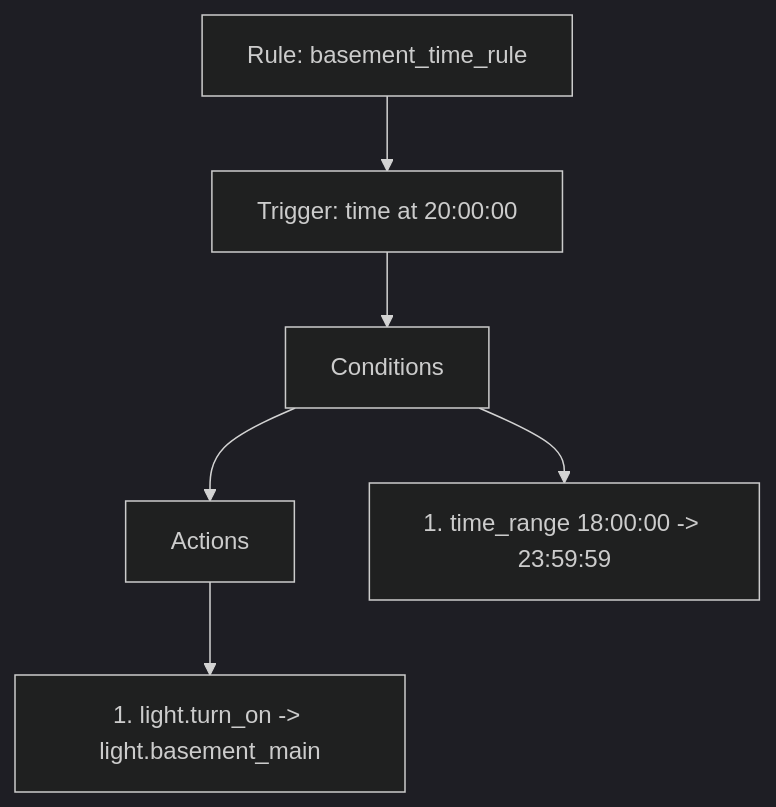
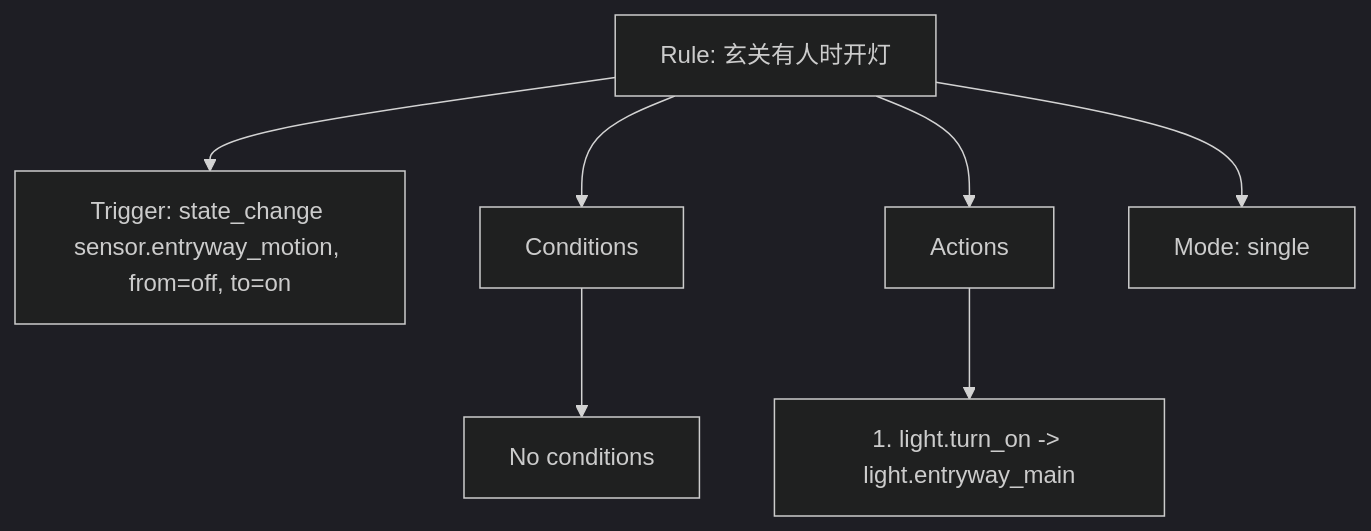
One commit to qzlcolewrld58-wq/SmartHome_AutoRule changed the diagram in outputs/reports/rule_diagram.md. Above: the diagram before and after it, drawn with Mermaid (dark theme). The commit also changed 50 other files, not shown here.

````diff
--- a/outputs/reports/rule_diagram.md
+++ b/outputs/reports/rule_diagram.md
@@ -1,14 +1,16 @@
 ```mermaid
-flowchart TD
-    RULE["Rule: basement_time_rule"]
-    TRIGGER["Trigger: time at 20:00:00"]
+flowchart TB
+    RULE["Rule: 玄关有人时开灯"]
+    TRIGGER["Trigger: state_change sensor.entryway_motion, from=off, to=on"]
     CONDITIONS["Conditions"]
     ACTIONS["Actions"]
+    MODE["Mode: single"]
     RULE --> TRIGGER
-    TRIGGER --> CONDITIONS
-    CONDITIONS --> ACTIONS
-    C1["1. time_range 18:00:00 -> 23:59:59"]
-    CONDITIONS --> C1
-    A1["1. light.turn_on -> light.basement_main"]
+    RULE --> CONDITIONS
+    RULE --> ACTIONS
+    RULE --> MODE
+    C0["No conditions"]
+    CONDITIONS --> C0
+    A1["1. light.turn_on -> light.entryway_main"]
     ACTIONS --> A1
 ```
````
